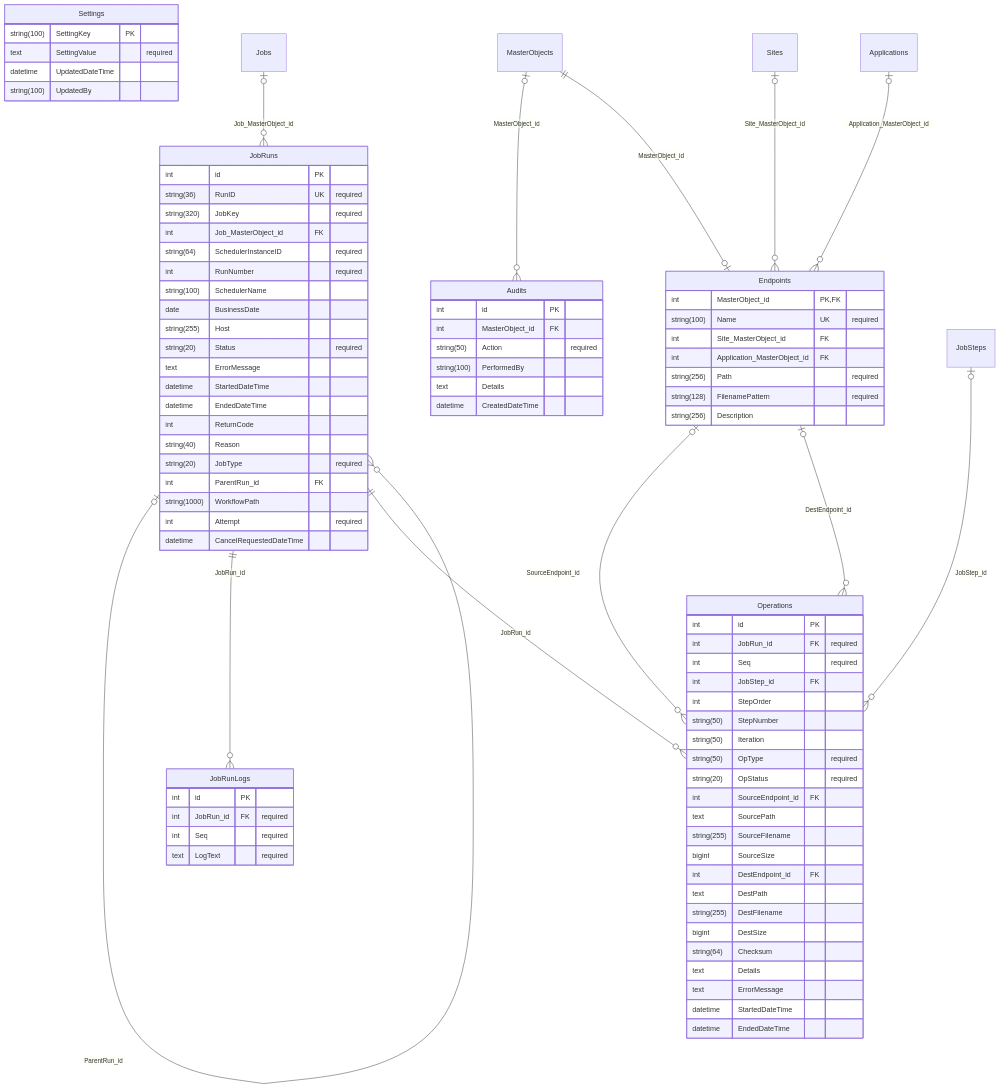
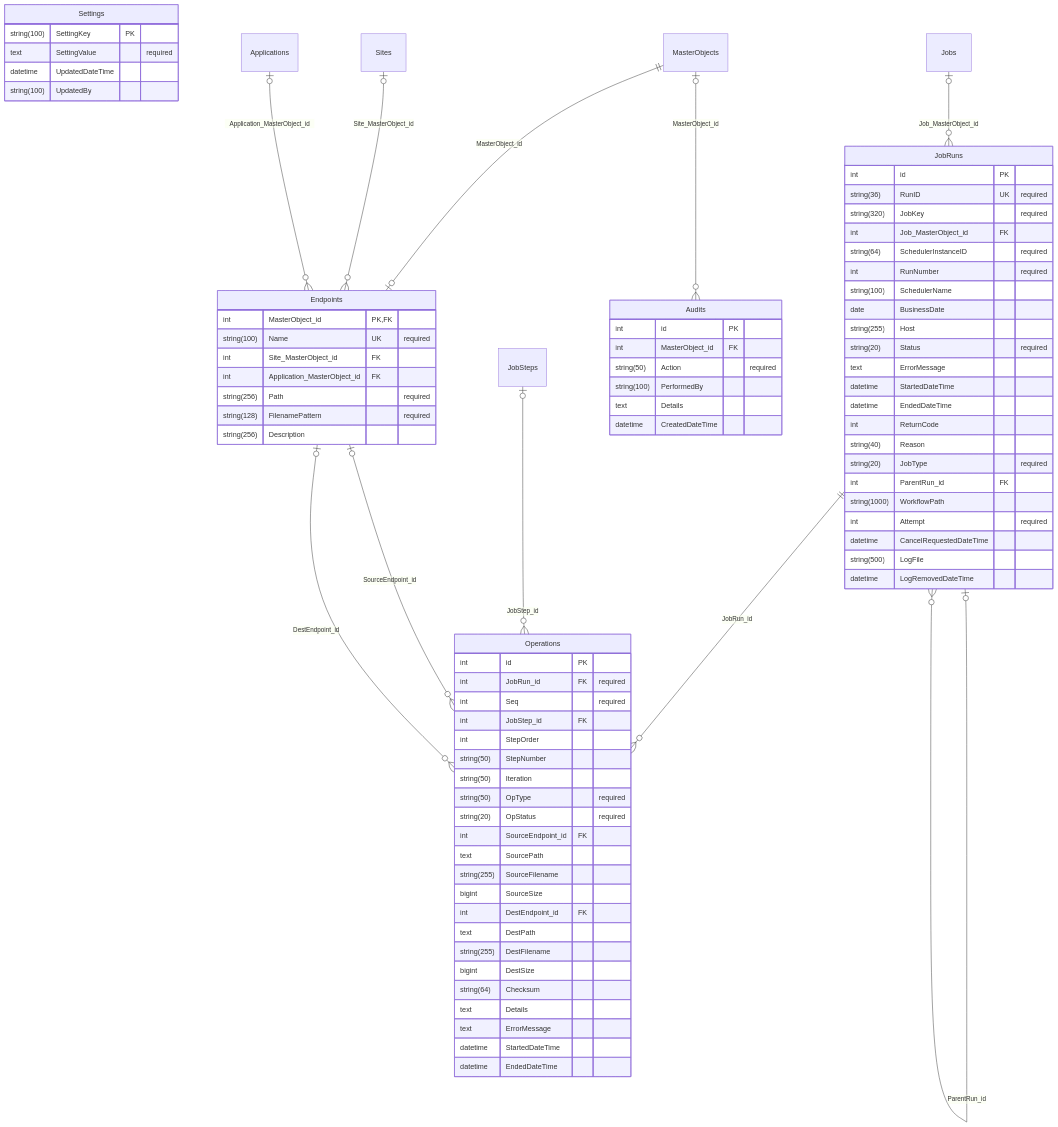
Before and after one commit to JayCBoal/AutomationApp: the fifth of 5 diagrams in docs/DB_SCHEMA.md, drawn with Mermaid. The commit also changed other lines of this file and 45 other files, not shown here.

First line of the commit message:
Workflows Phase 1 follow-ups; job logs as files

```diff
--- a/docs/DB_SCHEMA.md
+++ b/docs/DB_SCHEMA.md
@@ -309,12 +310,8 @@
         string(1000) WorkflowPath
         int Attempt "required"
         datetime CancelRequestedDateTime
-    }
-    JobRunLogs {
-        int id PK
-        int JobRun_id FK "required"
-        int Seq "required"
-        text LogText "required"
+        string(500) LogFile
+        datetime LogRemovedDateTime
     }
     Operations {
         int id PK
@@ -360,7 +357,6 @@
     MasterObjects ||--o| Endpoints : "MasterObject_id"
     Sites |o--o{ Endpoints : "Site_MasterObject_id"
     Applications |o--o{ Endpoints : "Application_MasterObject_id"
-    JobRuns ||--o{ JobRunLogs : "JobRun_id"
     JobRuns ||--o{ Operations : "JobRun_id"
     JobSteps |o--o{ Operations : "JobStep_id"
     Endpoints |o--o{ Operations : "SourceEndpoint_id"
```
